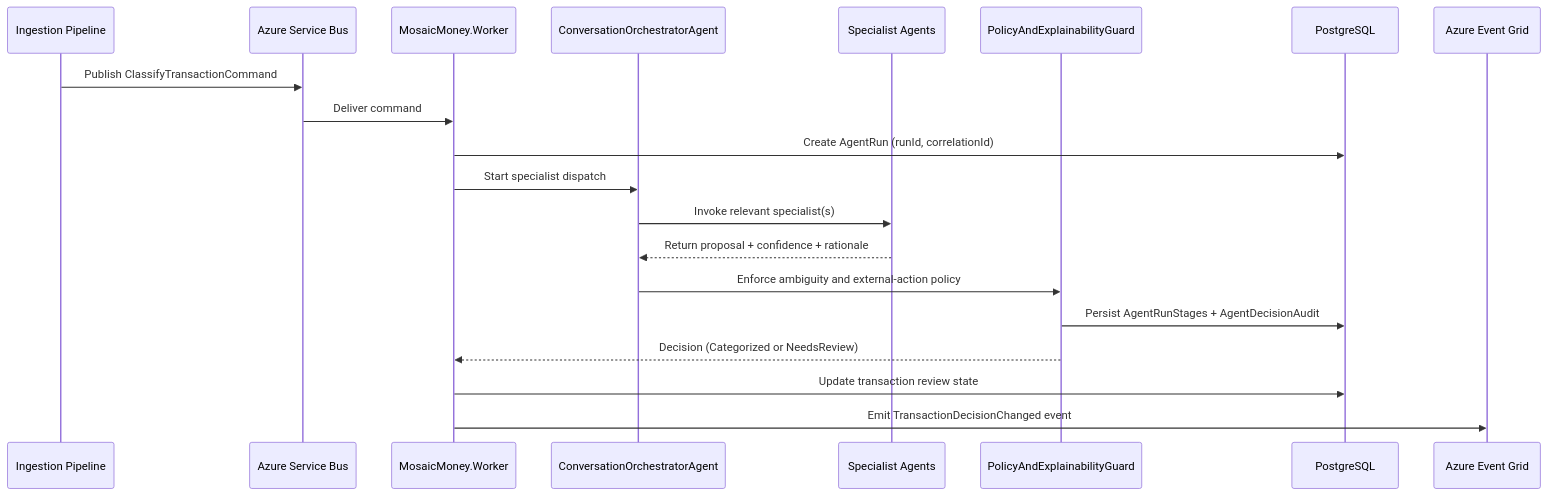
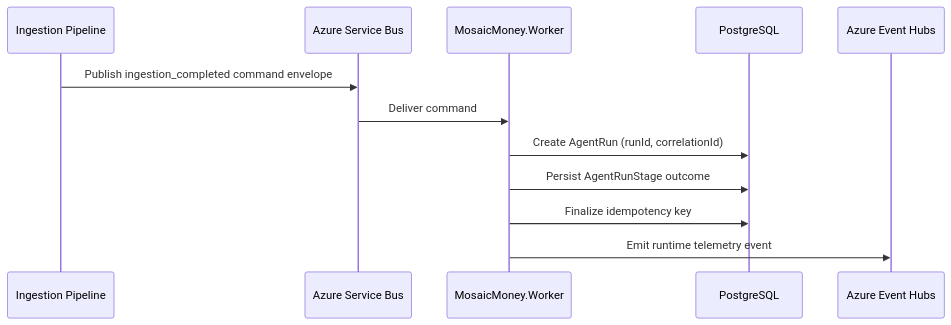
Before and after one commit to ChrisMcKee1/Mosaic-Money: the first of 2 diagrams in docs/architecture/multi-agent-orchestration-sequences.md, drawn with Mermaid. The commit also changed other lines of this file and 64 other files, not shown here.

````diff
--- a/docs/architecture/multi-agent-orchestration-sequences.md
+++ b/docs/architecture/multi-agent-orchestration-sequences.md
@@ -7,23 +7,15 @@
 ```mermaid
 sequenceDiagram
     participant Ingestion as Ingestion Pipeline
     participant SB as Azure Service Bus
     participant Worker as MosaicMoney.Worker
-    participant Orch as ConversationOrchestratorAgent
-    participant Spec as Specialist Agents
-    participant Guard as PolicyAndExplainabilityGuard
     participant DB as PostgreSQL
-    participant EG as Azure Event Grid
+    participant EH as Azure Event Hubs
 
-    Ingestion->>SB: Publish ClassifyTransactionCommand
+    Ingestion->>SB: Publish ingestion_completed command envelope
     SB->>Worker: Deliver command
     Worker->>DB: Create AgentRun (runId, correlationId)
-    Worker->>Orch: Start specialist dispatch
-    Orch->>Spec: Invoke relevant specialist(s)
-    Spec-->>Orch: Return proposal + confidence + rationale
-    Orch->>Guard: Enforce ambiguity and external-action policy
-    Guard->>DB: Persist AgentRunStages + AgentDecisionAudit
-    Guard-->>Worker: Decision (Categorized or NeedsReview)
-    Worker->>DB: Update transaction review state
-    Worker->>EG: Emit TransactionDecisionChanged event
+    Worker->>DB: Persist AgentRunStage outcome
+    Worker->>DB: Finalize idempotency key
+    Worker->>EH: Emit runtime telemetry event
 ```
````
